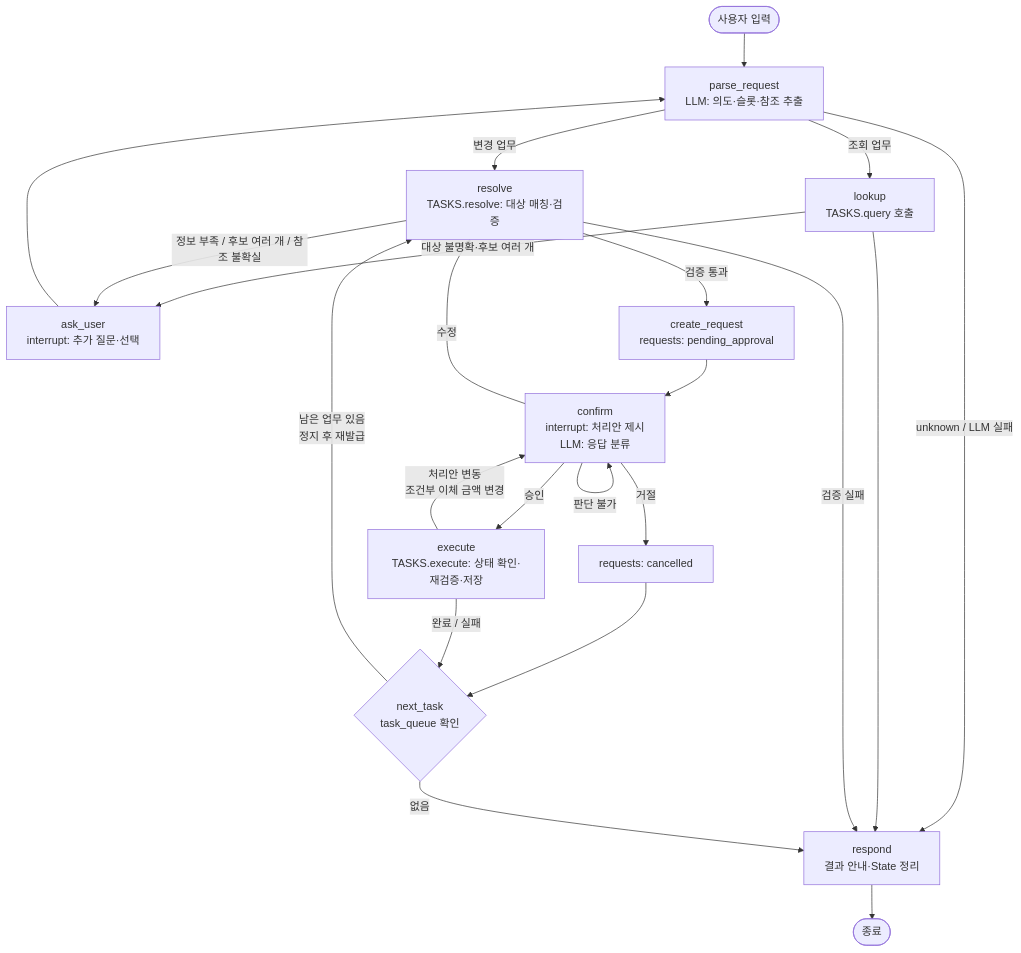
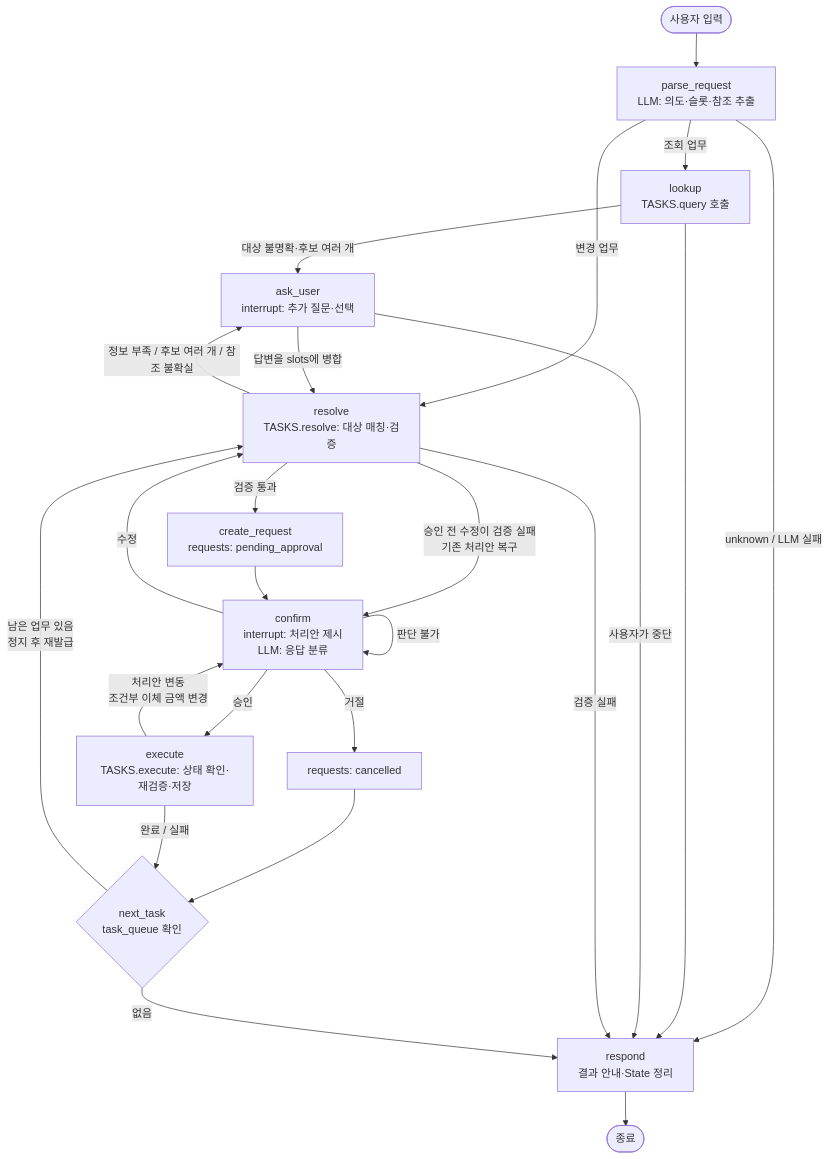
One commit to gcnrvi/VirtualFinancialAgent changed the diagram in docs/design_draft.md. Above: the diagram before and after it, drawn with Mermaid. The commit also changed other lines of this file and 1 other file, not shown here.

````diff
--- a/docs/design_draft.md
+++ b/docs/design_draft.md
@@ -20,28 +20,30 @@
 ```mermaid
 flowchart TD
     START([사용자 입력]) --> parse[parse_request<br/>LLM: 의도·슬롯·참조 추출]
     parse -->|조회 업무| lookup[lookup<br/>TASKS.query 호출]
     parse -->|변경 업무| resolve[resolve<br/>TASKS.resolve: 대상 매칭·검증]
     parse -->|unknown / LLM 실패| respond
 
     lookup -->|대상 불명확·후보 여러 개| ask
     lookup --> respond[respond<br/>결과 안내·State 정리]
 
     resolve -->|정보 부족 / 후보 여러 개 / 참조 불확실| ask[ask_user<br/>interrupt: 추가 질문·선택]
-    ask --> parse
+    ask -->|답변을 slots에 병합| resolve
+    ask -->|사용자가 중단| respond
     resolve -->|검증 실패| respond
+    resolve -->|승인 전 수정이 검증 실패<br/>기존 처리안 복구| confirm
     resolve -->|검증 통과| record[create_request<br/>requests: pending_approval]
     record --> confirm[confirm<br/>interrupt: 처리안 제시<br/>LLM: 응답 분류]
 
     confirm -->|승인| execute[execute<br/>TASKS.execute: 상태 확인·재검증·저장]
     confirm -->|거절| cancel[requests: cancelled] --> next
     confirm -->|수정| resolve
     confirm -->|판단 불가| confirm
 
     execute -->|처리안 변동<br/>조건부 이체 금액 변경| confirm
     execute -->|완료 / 실패| next{next_task<br/>task_queue 확인}
 
     next -->|남은 업무 있음<br/>정지 후 재발급| resolve
     next -->|없음| respond
     respond --> END([종료])
 ```
````
